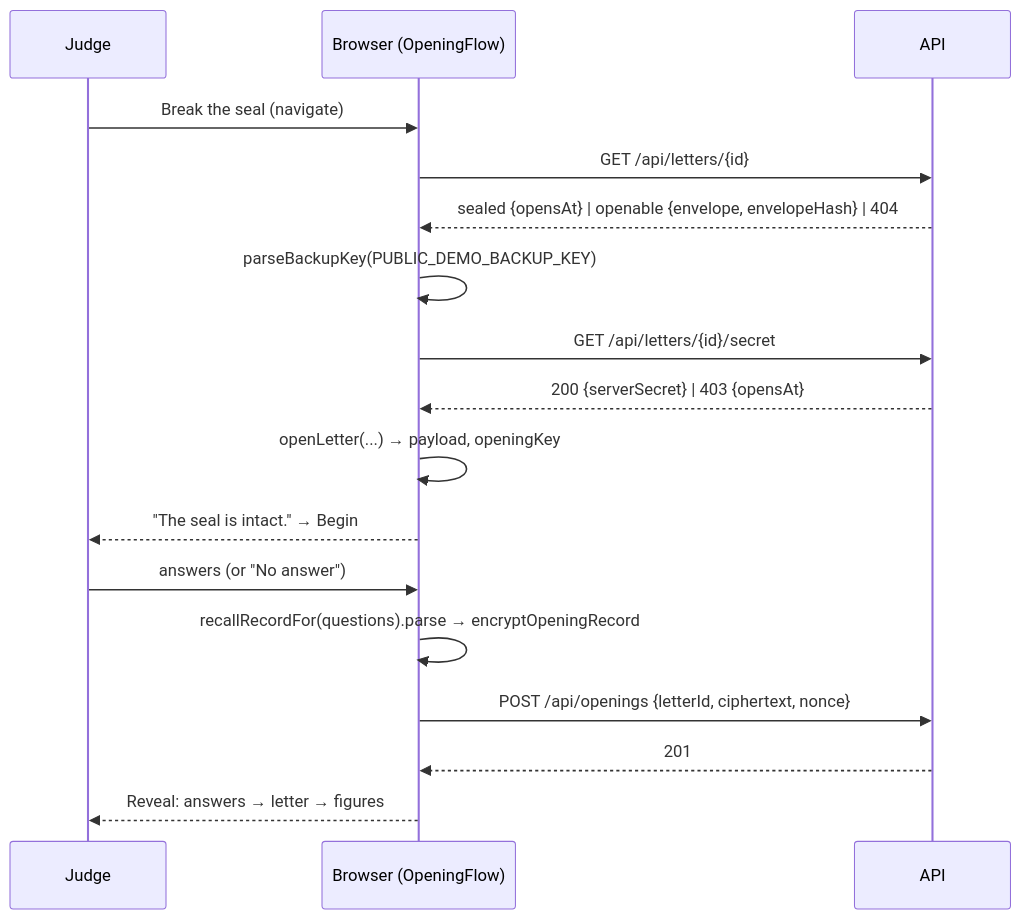
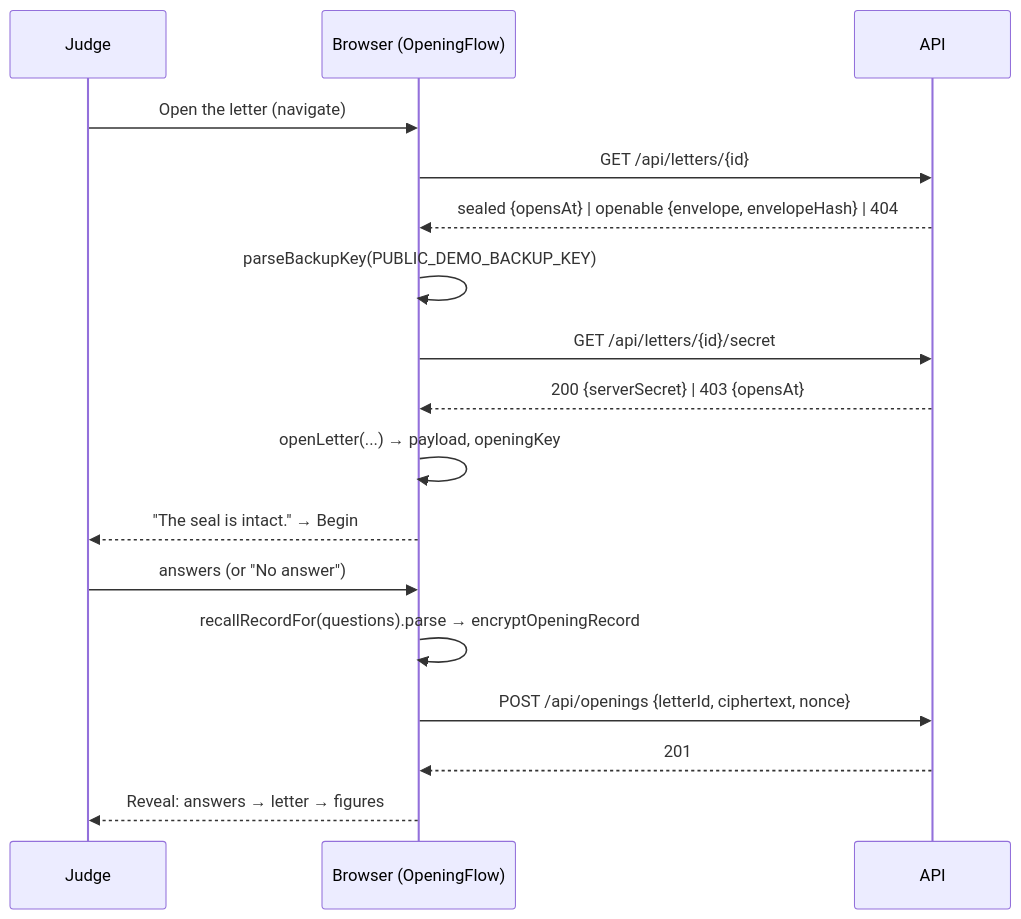
One commit to devclef/Revenant changed the second of 4 diagrams in .kiro/specs/03-persona-demo/design.md. Above: the diagram before and after it, drawn with Mermaid. The commit also changed other lines of this file and 6 other files, not shown here.

````diff
--- a/.kiro/specs/03-persona-demo/design.md
+++ b/.kiro/specs/03-persona-demo/design.md
@@ -102,19 +102,19 @@
 ```mermaid
 sequenceDiagram
   participant J as Judge
   participant B as Browser (OpeningFlow)
   participant A as API
-  J->>B: Break the seal (navigate)
+  J->>B: Open the letter (navigate)
   B->>A: GET /api/letters/{id}
   A-->>B: sealed {opensAt} | openable {envelope, envelopeHash} | 404
   B->>B: parseBackupKey(PUBLIC_DEMO_BACKUP_KEY)
   B->>A: GET /api/letters/{id}/secret
   A-->>B: 200 {serverSecret} | 403 {opensAt}
   B->>B: openLetter(...) → payload, openingKey
   B-->>J: "The seal is intact." → Begin
   J->>B: answers (or "No answer")
   B->>B: recallRecordFor(questions).parse → encryptOpeningRecord
   B->>A: POST /api/openings {letterId, ciphertext, nonce}
   A-->>B: 201
   B-->>J: Reveal: answers → letter → figures
 ```
````
